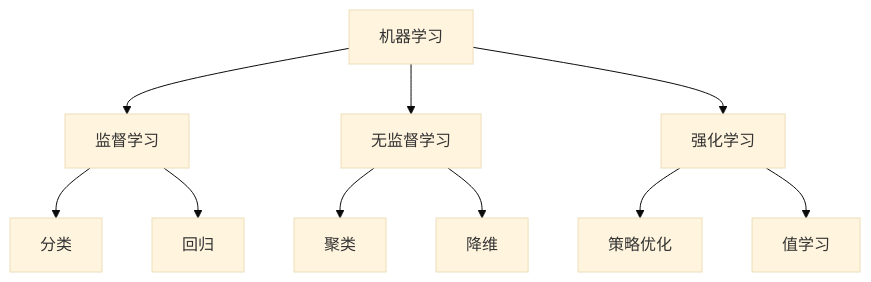
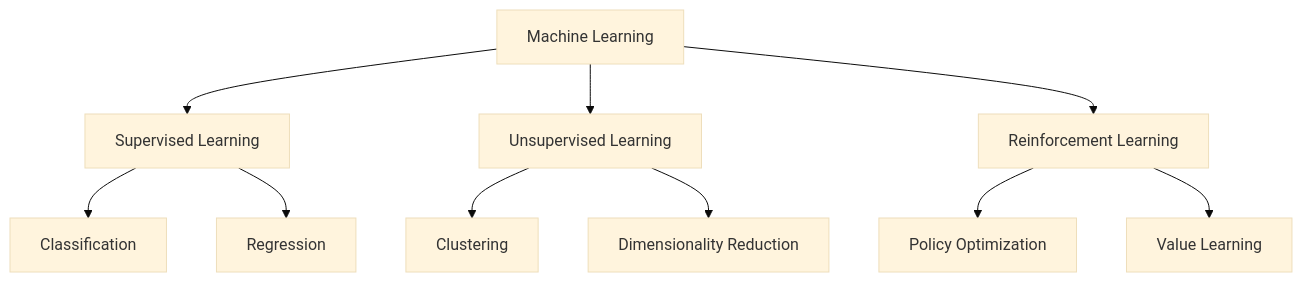
One commit to xiaojiaenen/ai-engineering-from-scratch-zh changed the second of 6 diagrams in i18n/zh/phases/02-ml-fundamentals/01-what-is-machine-learning/docs/zh.md. Above: the diagram before and after it, drawn with Mermaid (base theme). The commit also changed other lines of this file and 18 other files, not shown here.

````diff
--- a/i18n/zh/phases/02-ml-fundamentals/01-what-is-machine-learning/docs/zh.md
+++ b/i18n/zh/phases/02-ml-fundamentals/01-what-is-machine-learning/docs/zh.md
@@ -56,15 +56,15 @@
 ```mermaid
 flowchart TD
-    ML[机器学习] --> SL[监督学习]
-    ML --> UL[无监督学习]
-    ML --> RL[强化学习]
+    ML[Machine Learning] --> SL[Supervised Learning]
+    ML --> UL[Unsupervised Learning]
+    ML --> RL[Reinforcement Learning]
 
-    SL --> C[分类]
-    SL --> R[回归]
+    SL --> C[Classification]
+    SL --> R[Regression]
 
-    UL --> CL[聚类]
-    UL --> DR[降维]
+    UL --> CL[Clustering]
+    UL --> DR[Dimensionality Reduction]
 
-    RL --> PO[策略优化]
-    RL --> VL[值学习]
+    RL --> PO[Policy Optimization]
+    RL --> VL[Value Learning]
 ```
````
